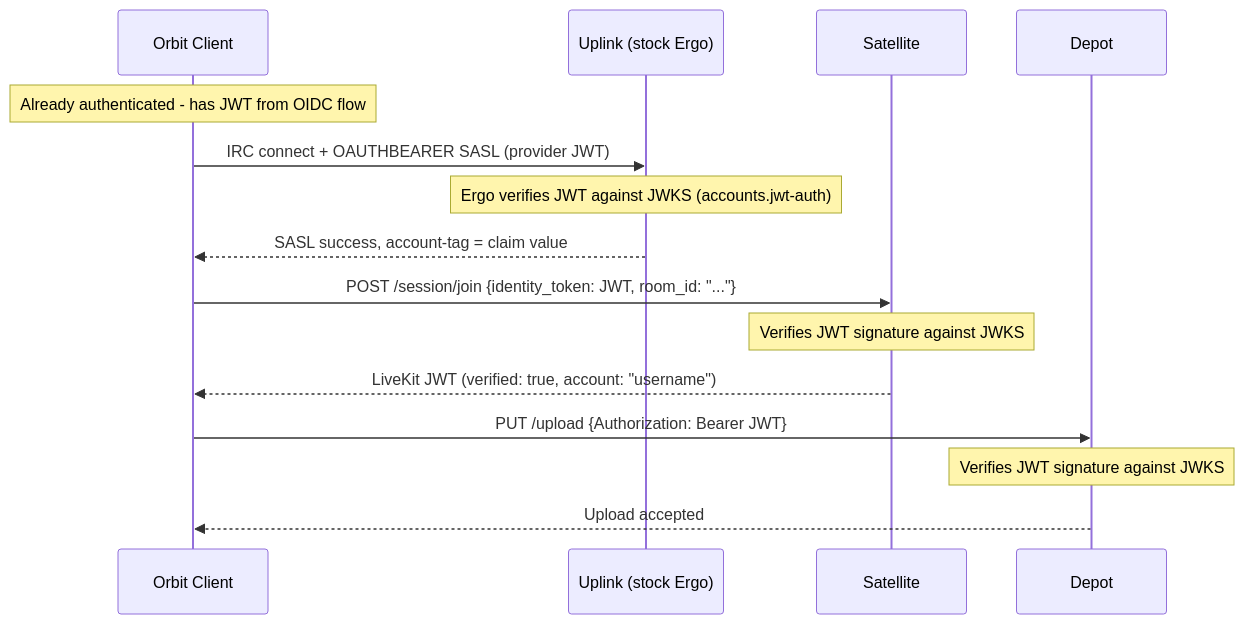
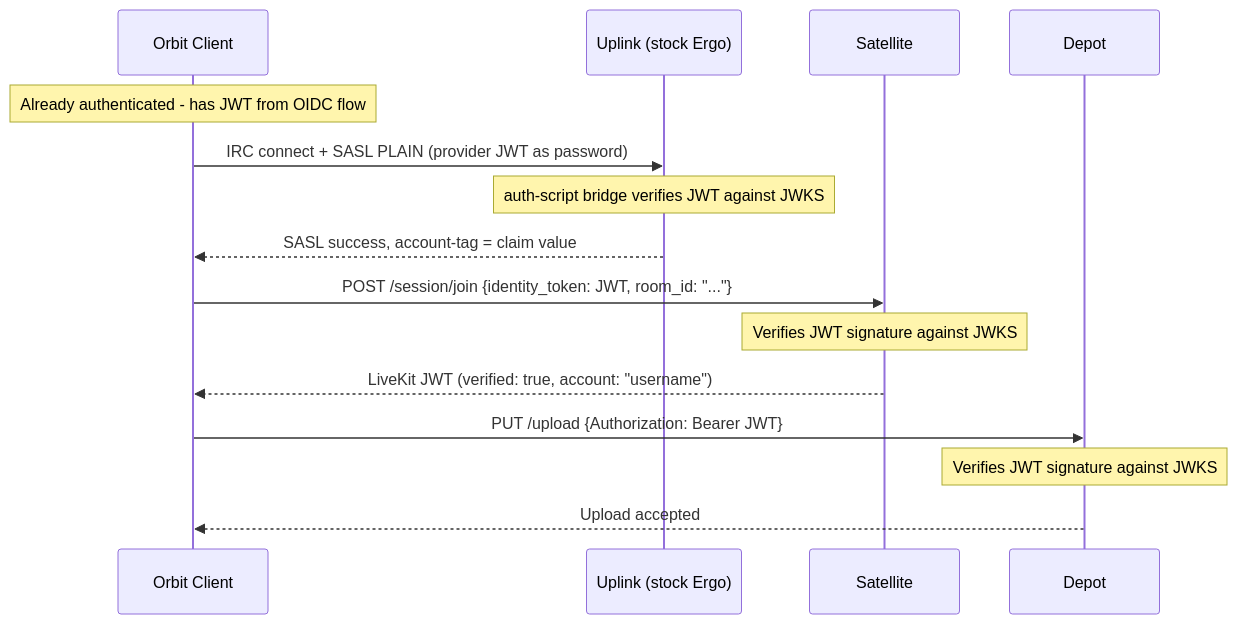
Before and after one commit to hivecom/orbit-spec: the third of 5 diagrams in spec/02-components/04-transponder.md, drawn with Mermaid. The commit also changed other lines of this file and 8 other files, not shown here.

Commit message:
Clarify JWT verification paths: bridge and native

````diff
--- a/spec/02-components/04-transponder.md
+++ b/spec/02-components/04-transponder.md
@@ -79,21 +79,21 @@
 ```mermaid
 sequenceDiagram
     participant O as Orbit Client
     participant GC as Uplink (stock Ergo)
     participant S as Satellite
     participant D as Depot
 
     Note over O: Already authenticated - has JWT from OIDC flow
 
-    O->>GC: IRC connect + OAUTHBEARER SASL (provider JWT)
-    Note over GC: Ergo verifies JWT against JWKS (accounts.jwt-auth)
+    O->>GC: IRC connect + SASL PLAIN (provider JWT as password)
+    Note over GC: auth-script bridge verifies JWT against JWKS
     GC-->>O: SASL success, account-tag = claim value
 
     O->>S: POST /session/join {identity_token: JWT, room_id: "..."}
     Note over S: Verifies JWT signature against JWKS
     S-->>O: LiveKit JWT (verified: true, account: "username")
 
     O->>D: PUT /upload {Authorization: Bearer JWT}
     Note over D: Verifies JWT signature against JWKS
     D-->>O: Upload accepted
 ```
````
